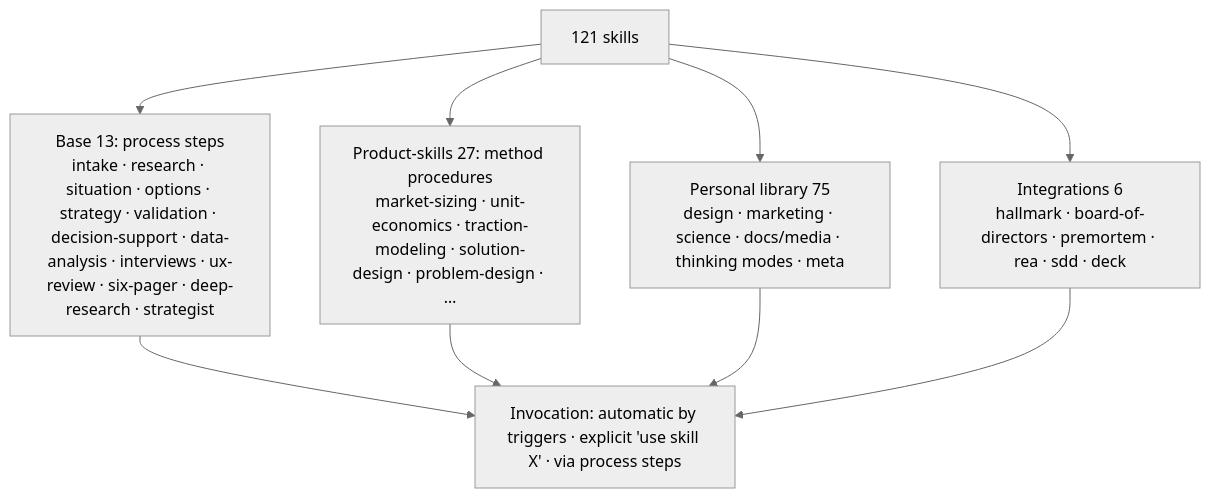
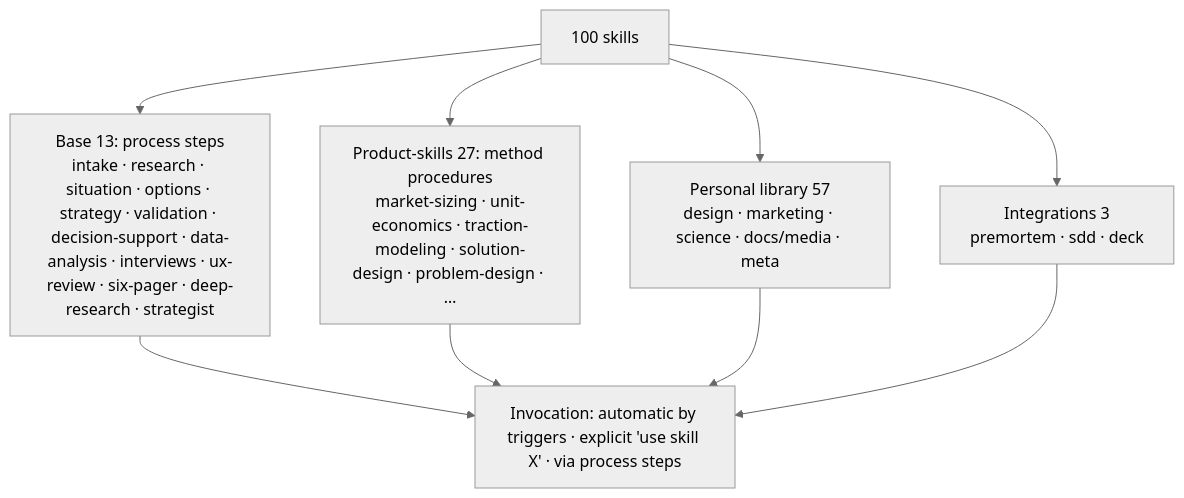
Before and after one commit to Fighter90/product-factory-strategist: the third of 4 diagrams in README_EN.md, drawn with Mermaid (neutral theme). The commit also changed other lines of this file and 379 other files, not shown here.

````diff
--- a/README_EN.md
+++ b/README_EN.md
@@ -155,8 +155,8 @@
 ```mermaid
 flowchart TB
-  SK["121 skills"] --> B["Base 13: process steps<br/>intake · research · situation · options · strategy · validation · decision-support · data-analysis · interviews · ux-review · six-pager · deep-research · strategist"]
+  SK["100 skills"] --> B["Base 13: process steps<br/>intake · research · situation · options · strategy · validation · decision-support · data-analysis · interviews · ux-review · six-pager · deep-research · strategist"]
   SK --> P["Product-skills 27: method procedures<br/>market-sizing · unit-economics · traction-modeling · solution-design · problem-design · …"]
-  SK --> L["Personal library 75<br/>design · marketing · science · docs/media · thinking modes · meta"]
-  SK --> INT["Integrations 6<br/>hallmark · board-of-directors · premortem · rea · sdd · deck"]
+  SK --> L["Personal library 57<br/>design · marketing · science · docs/media · meta"]
+  SK --> INT["Integrations 3<br/>premortem · sdd · deck"]
   B & P & L & INT --> INV["Invocation: automatic by triggers · explicit 'use skill X' · via process steps"]
 ```
````
